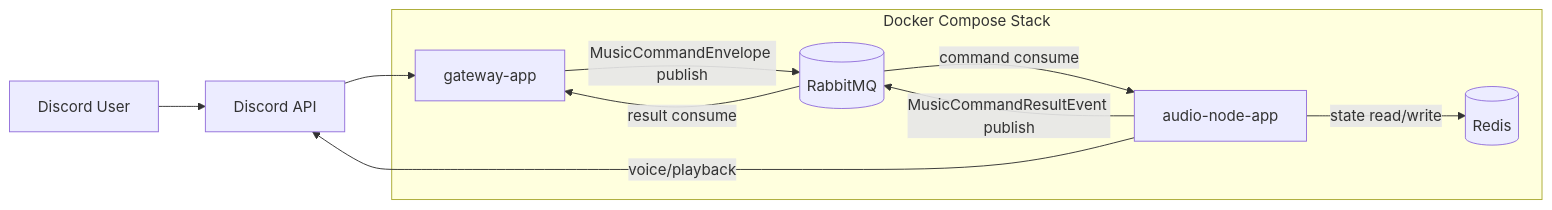
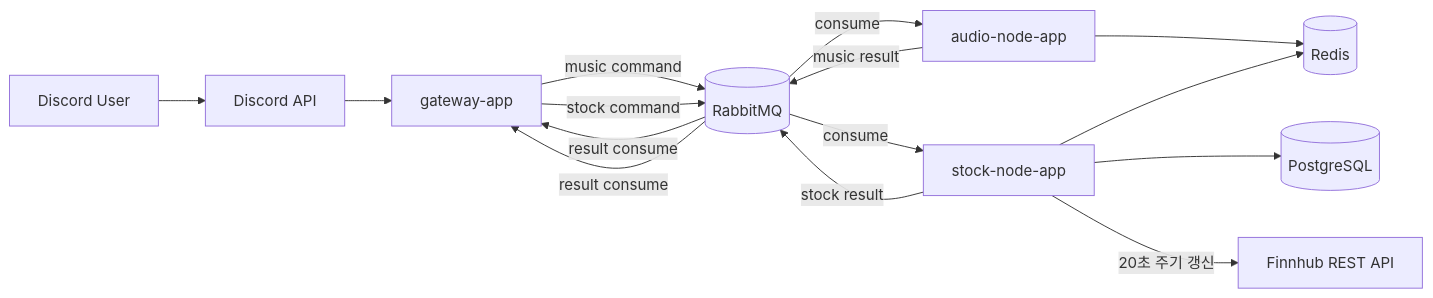
One commit to som141/dis changed the diagram in README.md. Above: the diagram before and after it, drawn with Mermaid. The commit also changed other lines of this file and 16 other files, not shown here.

````diff
--- a/README.md
+++ b/README.md
@@ -39,21 +25,29 @@
 ```mermaid
 flowchart LR
     U[Discord User]
     D[Discord API]
-
-    subgraph APPS[Docker Compose Stack]
-        G[gateway-app]
-        A[audio-node-app]
-        R[(Redis)]
-        MQ[(RabbitMQ)]
-    end
+    G[gateway-app]
+    MQ[(RabbitMQ)]
+    A[audio-node-app]
+    S[stock-node-app]
+    R[(Redis)]
+    P[(PostgreSQL)]
+    F[Finnhub REST API]
 
     U --> D
     D --> G
-    G -->|MusicCommandEnvelope publish| MQ
-    MQ -->|command consume| A
-    A -->|MusicCommandResultEvent publish| MQ
+
+    G -->|music command| MQ
+    MQ -->|consume| A
+    A -->|music result| MQ
     MQ -->|result consume| G
-    A -->|state read/write| R
-    A -->|voice/playback| D
+    A --> R
+
+    G -->|stock command| MQ
+    MQ -->|consume| S
+    S -->|stock result| MQ
+    MQ -->|result consume| G
+    S --> R
+    S --> P
+    S -->|20초 주기 갱신| F
 ```
````
